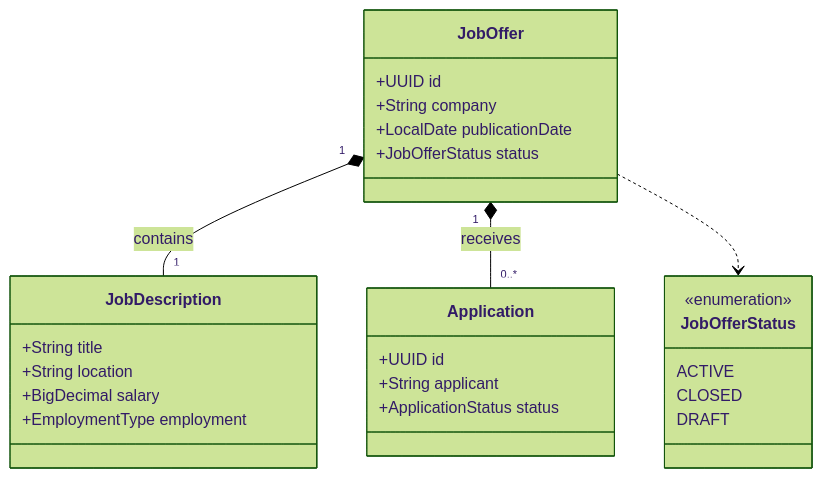
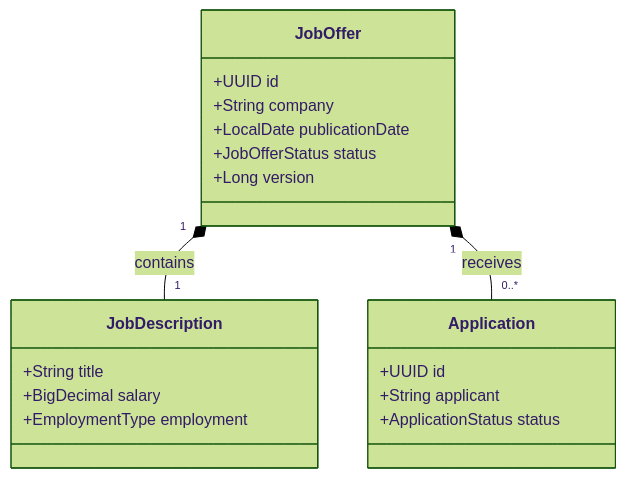
One commit to niko1405/jobconnect-backend changed the second of 2 diagrams in README.md. Above: the diagram before and after it, drawn with Mermaid (forest theme). The commit also changed other lines of this file, not shown here.

````diff
--- a/README.md
+++ b/README.md
@@ -50,34 +71,26 @@
 ```mermaid
 classDiagram
     class JobOffer {
         +UUID id
         +String company
         +LocalDate publicationDate
         +JobOfferStatus status
+        +Long version
     }
 
     class JobDescription {
         +String title
-        +String location
         +BigDecimal salary
         +EmploymentType employment
     }
 
     class Application {
         +UUID id
         +String applicant
         +ApplicationStatus status
     }
 
-    class JobOfferStatus {
-        <<enumeration>>
-        ACTIVE
-        CLOSED
-        DRAFT
-    }
-
     JobOffer "1" *-- "1" JobDescription : contains
     JobOffer "1" *-- "0..*" Application : receives
-    JobOffer ..> JobOfferStatus
 
 ```
````
